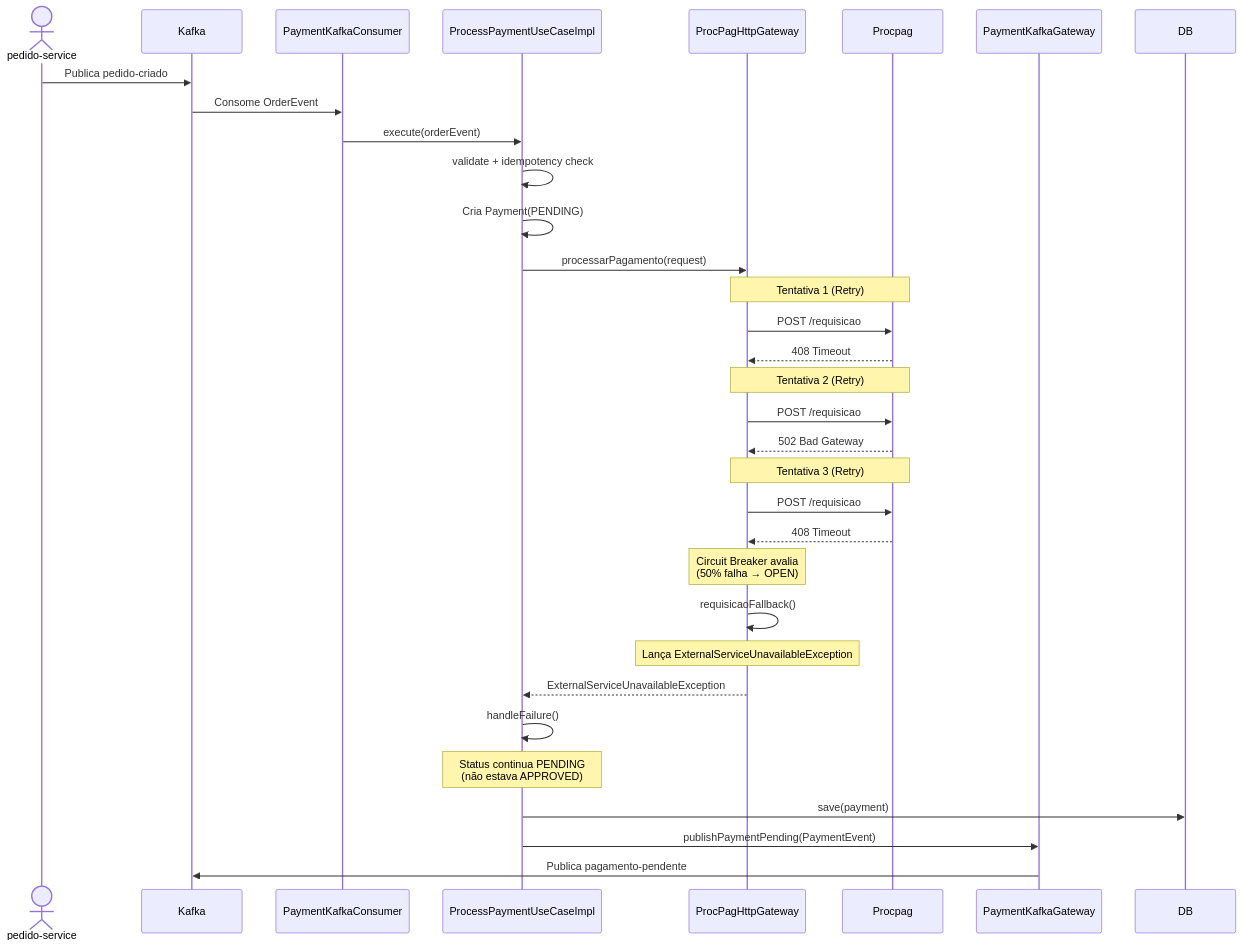
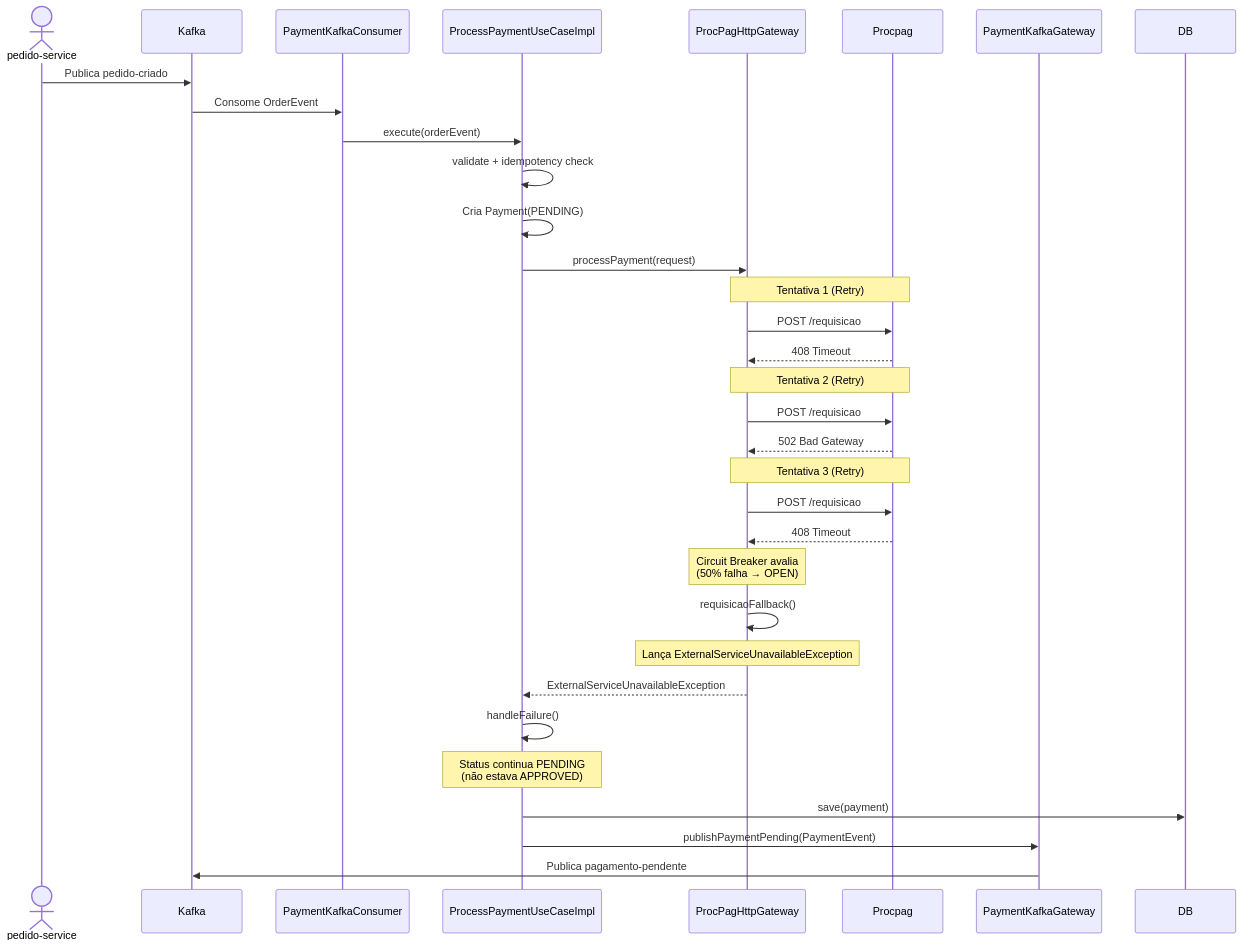
Before and after one commit to HugoOliveiraSoares/tech-challenge-iii: the third of 7 diagrams in docs/flows.md, drawn with Mermaid. The commit also changed other lines of this file and 8 other files, not shown here.

````diff
--- a/docs/flows.md
+++ b/docs/flows.md
@@ -78,45 +78,45 @@
 ```mermaid
 sequenceDiagram
   actor User as pedido-service
   participant Kafka
   participant Consumer as PaymentKafkaConsumer
   participant UseCase as ProcessPaymentUseCaseImpl
   participant HTTP as ProcPagHttpGateway
   participant Procpag as Procpag
   participant Producer as PaymentKafkaGateway
 
   User->>Kafka: Publica pedido-criado
   Kafka->>Consumer: Consome OrderEvent
   Consumer->>UseCase: execute(orderEvent)
 
   UseCase->>UseCase: validate + idempotency check
   UseCase->>UseCase: Cria Payment(PENDING)
 
-  UseCase->>HTTP: processarPagamento(request)
+  UseCase->>HTTP: processPayment(request)
 
   Note over HTTP,Procpag: Tentativa 1 (Retry)
   HTTP->>Procpag: POST /requisicao
   Procpag-->>HTTP: 408 Timeout
 
   Note over HTTP,Procpag: Tentativa 2 (Retry)
   HTTP->>Procpag: POST /requisicao
   Procpag-->>HTTP: 502 Bad Gateway
 
   Note over HTTP,Procpag: Tentativa 3 (Retry)
   HTTP->>Procpag: POST /requisicao
   Procpag-->>HTTP: 408 Timeout
 
   Note over HTTP: Circuit Breaker avalia<br/>(50% falha → OPEN)
 
   HTTP->>HTTP: requisicaoFallback()
   Note over HTTP: Lança ExternalServiceUnavailableException
 
   HTTP-->>UseCase: ExternalServiceUnavailableException
 
   UseCase->>UseCase: handleFailure()
   Note over UseCase: Status continua PENDING<br/>(não estava APPROVED)
 
   UseCase->>DB: save(payment)
   UseCase->>Producer: publishPaymentPending(PaymentEvent)
   Producer->>Kafka: Publica pagamento-pendente
 ```
````
